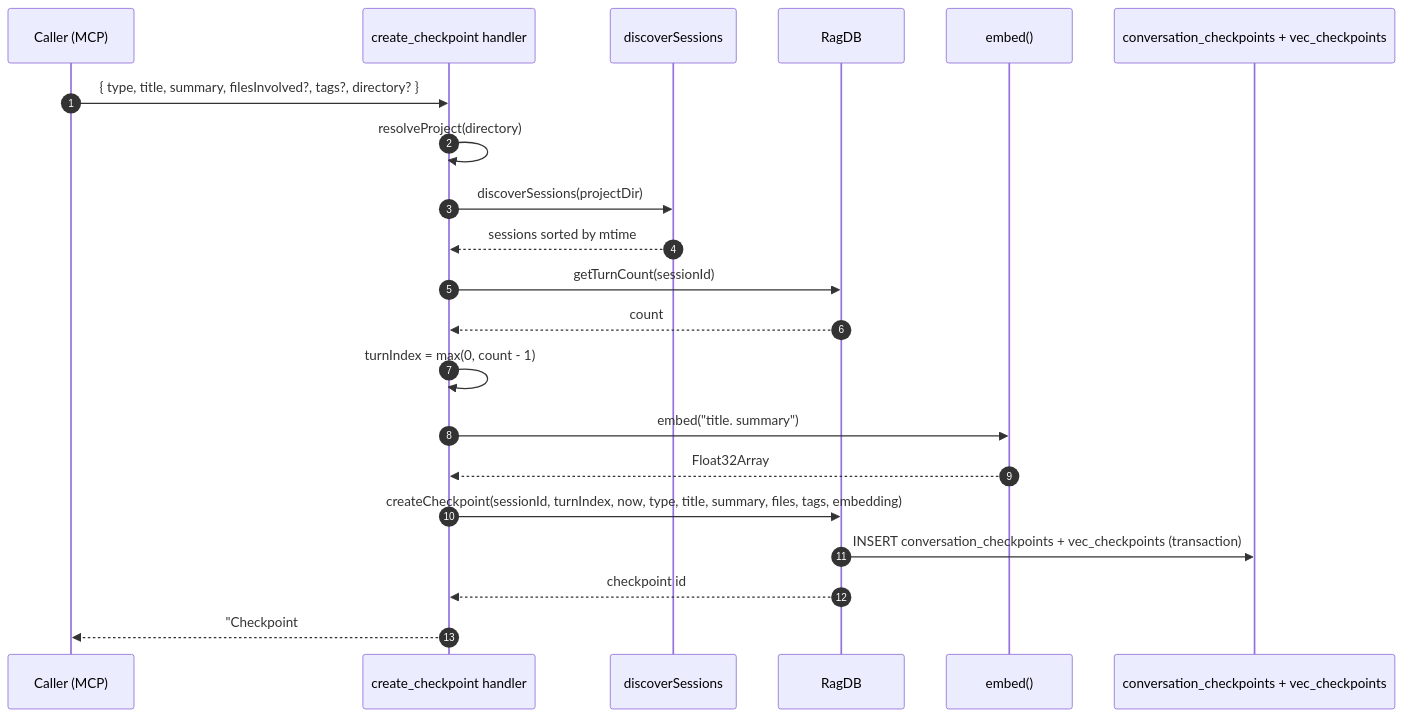
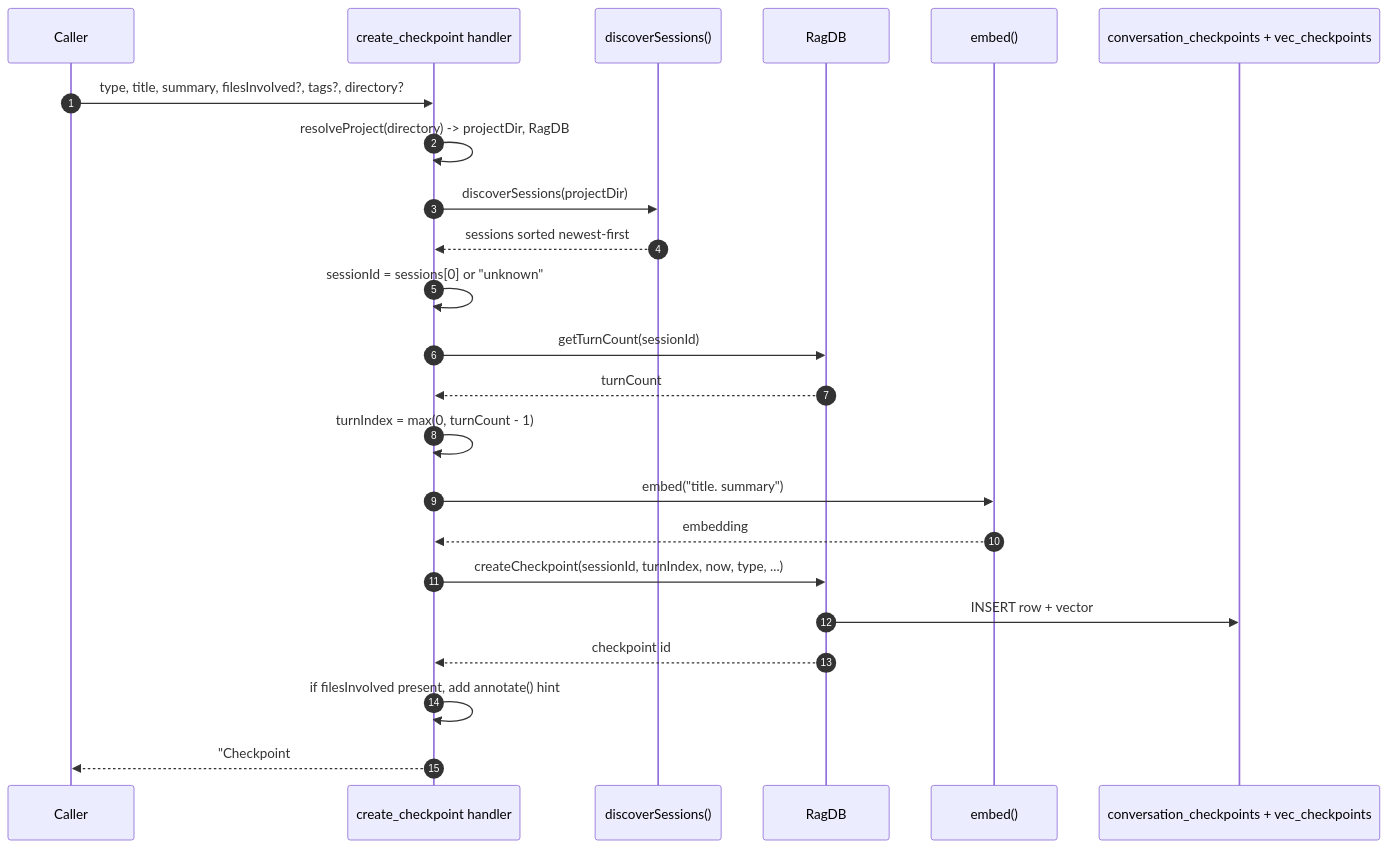
Before and after one commit to TheWinci/mimirs: the diagram in wiki/tools/create-checkpoint.md, drawn with Mermaid. The commit also changed other lines of this file and 52 other files, not shown here.

````diff
--- a/wiki/tools/create-checkpoint.md
+++ b/wiki/tools/create-checkpoint.md
@@ -9,24 +11,26 @@
 ```mermaid
 sequenceDiagram
   autonumber
-  participant Caller as Caller (MCP)
-  participant Handler as create_checkpoint handler
-  participant Parser as discoverSessions
+  participant Caller
+  participant Tool as create_checkpoint handler
+  participant Sessions as discoverSessions()
   participant DB as RagDB
   participant Embed as embed()
   participant SQLite as conversation_checkpoints + vec_checkpoints
 
-  Caller->>Handler: { type, title, summary, filesInvolved?, tags?, directory? }
-  Handler->>Handler: resolveProject(directory)
-  Handler->>Parser: discoverSessions(projectDir)
-  Parser-->>Handler: sessions sorted by mtime
-  Handler->>DB: getTurnCount(sessionId)
-  DB-->>Handler: count
-  Handler->>Handler: turnIndex = max(0, count - 1)
-  Handler->>Embed: embed("title. summary")
-  Embed-->>Handler: Float32Array
-  Handler->>DB: createCheckpoint(sessionId, turnIndex, now, type, title, summary, files, tags, embedding)
-  DB->>SQLite: INSERT conversation_checkpoints + vec_checkpoints (transaction)
-  DB-->>Handler: checkpoint id
-  Handler-->>Caller: "Checkpoint #<id> created: [<type>] <title>" (+ optional annotate hint)
+  Caller->>Tool: type, title, summary, filesInvolved?, tags?, directory?
+  Tool->>Tool: resolveProject(directory) -> projectDir, RagDB
+  Tool->>Sessions: discoverSessions(projectDir)
+  Sessions-->>Tool: sessions sorted newest-first
+  Tool->>Tool: sessionId = sessions[0] or "unknown"
+  Tool->>DB: getTurnCount(sessionId)
+  DB-->>Tool: turnCount
+  Tool->>Tool: turnIndex = max(0, turnCount - 1)
+  Tool->>Embed: embed("title. summary")
+  Embed-->>Tool: embedding
+  Tool->>DB: createCheckpoint(sessionId, turnIndex, now, type, ...)
+  DB->>SQLite: INSERT row + vector
+  DB-->>Tool: checkpoint id
+  Tool->>Tool: if filesInvolved present, add annotate() hint
+  Tool-->>Caller: "Checkpoint #id created: [type] title" (+ hint)
 ```
````
